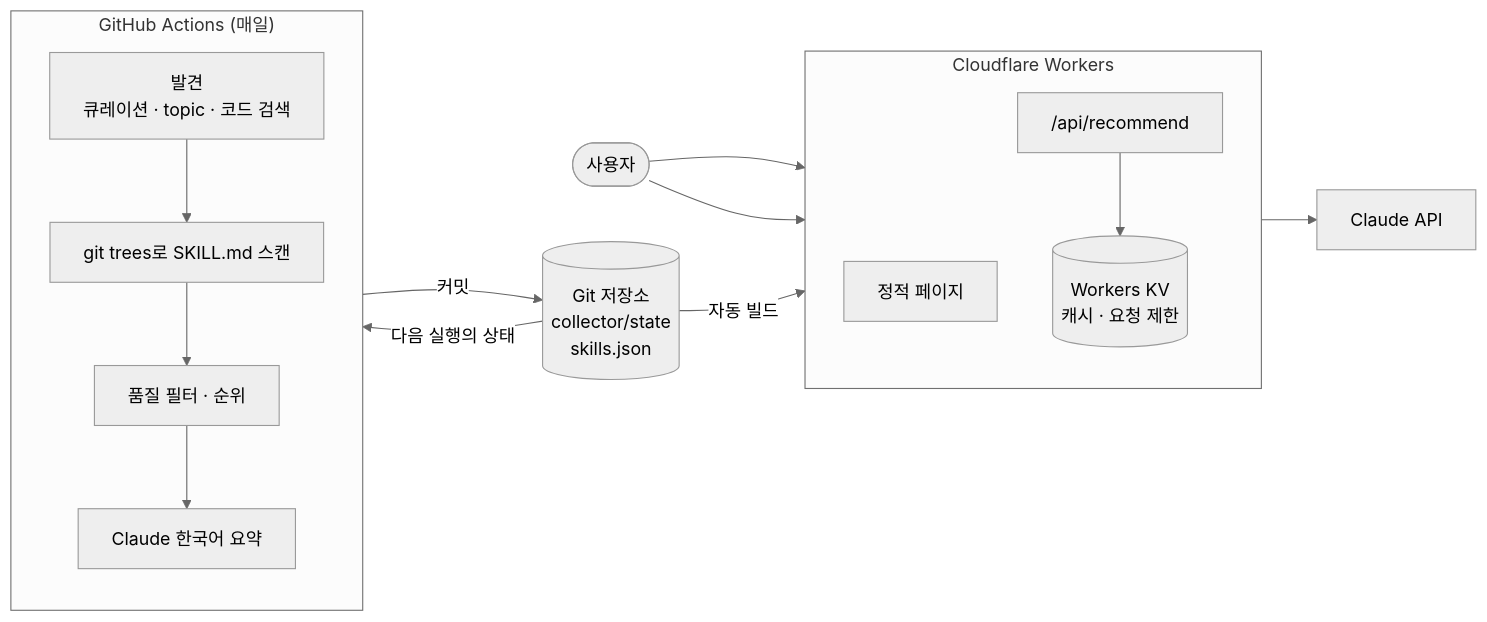
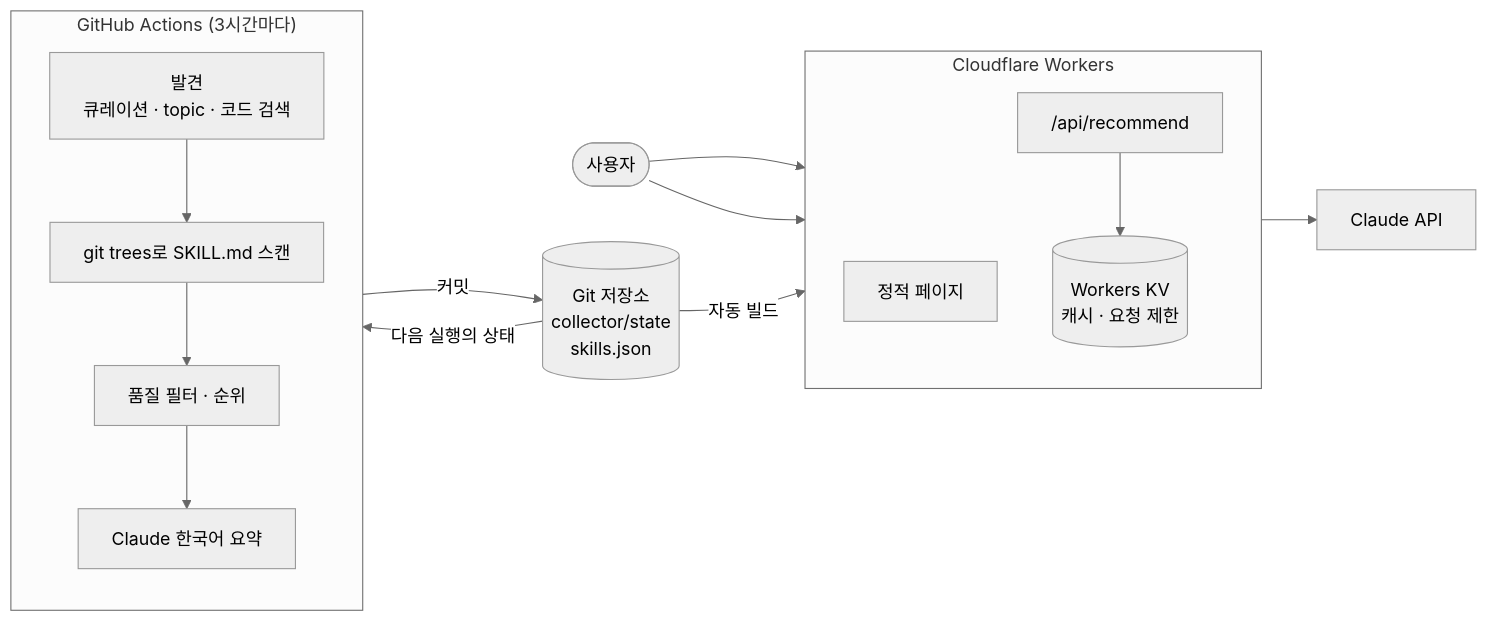
Before and after one commit to jhs3104/skillmoa: the diagram in README.md, drawn with Mermaid (neutral theme). The commit also changed other lines of this file and 24 other files, not shown here.

````diff
--- a/README.md
+++ b/README.md
@@ -14,28 +14,28 @@
 ```mermaid
 flowchart LR
-    subgraph actions["GitHub Actions (매일)"]
+    subgraph actions["GitHub Actions (3시간마다)"]
         direction TB
         sources["발견<br/>큐레이션 · topic · 코드 검색"]
         scan["git trees로 SKILL.md 스캔"]
         filter["품질 필터 · 순위"]
         summarize["Claude 한국어 요약"]
         sources --> scan --> filter --> summarize
     end
 
     repo[("Git 저장소<br/>collector/state<br/>skills.json")]
     summarize -- 커밋 --> repo
     repo -- 다음 실행의 상태 --> sources
     repo -- 자동 빌드 --> cloudflare
 
     subgraph cloudflare["Cloudflare Workers"]
         direction TB
         pages["정적 페이지"]
         api["/api/recommend"]
         kv[("Workers KV<br/>캐시 · 요청 제한")]
         api --> kv
     end
 
     user(["사용자"]) --> pages
     user --> api
     api --> claude["Claude API"]
 ```
````
